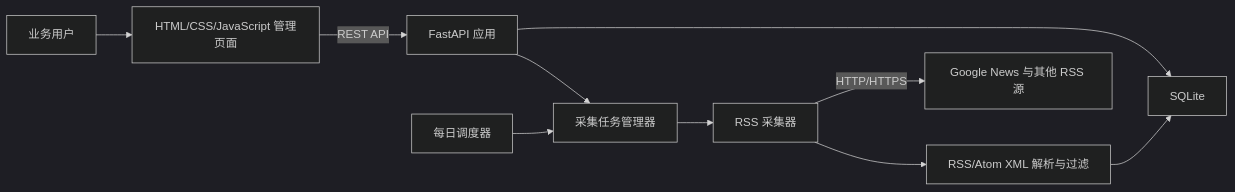
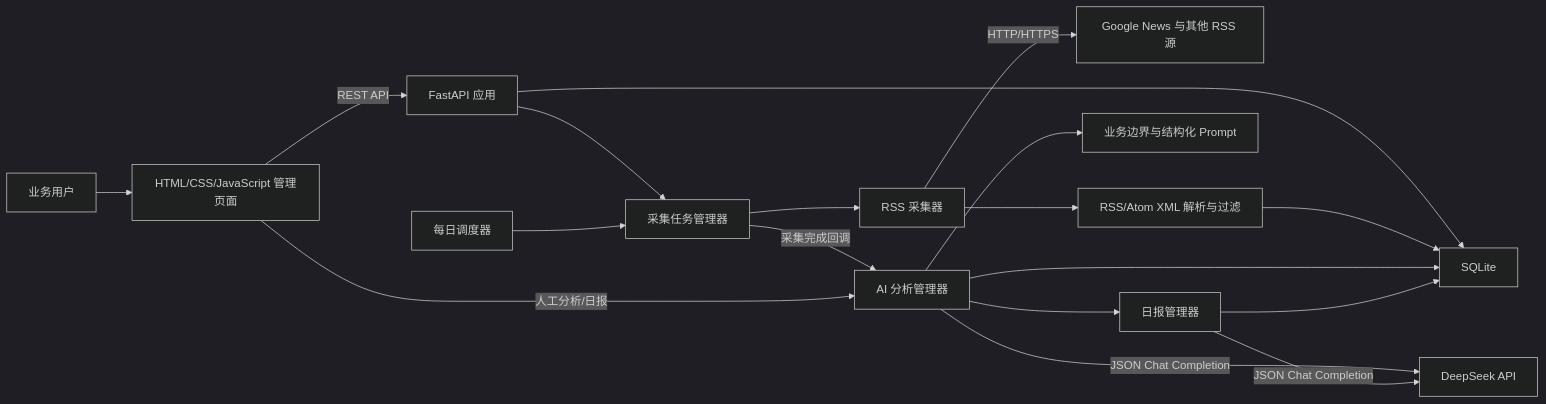
One commit to shiye1213/intco-rss-collector changed the first of 3 diagrams in docs/architecture.md. Above: the diagram before and after it, drawn with Mermaid (dark theme). The commit also changed other lines of this file and 20 other files, not shown here.

Commit message:
feat: add DeepSeek intelligence analysis and daily reports

````diff
--- a/docs/architecture.md
+++ b/docs/architecture.md
@@ -5,12 +5,20 @@
 ```mermaid
 flowchart LR
     U["业务用户"] --> UI["HTML/CSS/JavaScript 管理页面"]
     UI -->|"REST API"| API["FastAPI 应用"]
     API --> DB["SQLite"]
     API --> CM["采集任务管理器"]
     SCH["每日调度器"] --> CM
     CM --> COL["RSS 采集器"]
     COL -->|"HTTP/HTTPS"| RSS["Google News 与其他 RSS 源"]
     COL --> PARSE["RSS/Atom XML 解析与过滤"]
     PARSE --> DB
+    CM -->|"采集完成回调"| AIM["AI 分析管理器"]
+    UI -->|"人工分析/日报"| AIM
+    AIM -->|"JSON Chat Completion"| DS["DeepSeek API"]
+    AIM --> PROMPT["业务边界与结构化 Prompt"]
+    AIM --> DB
+    AIM --> RM["日报管理器"]
+    RM -->|"JSON Chat Completion"| DS
+    RM --> DB
 ```
````
